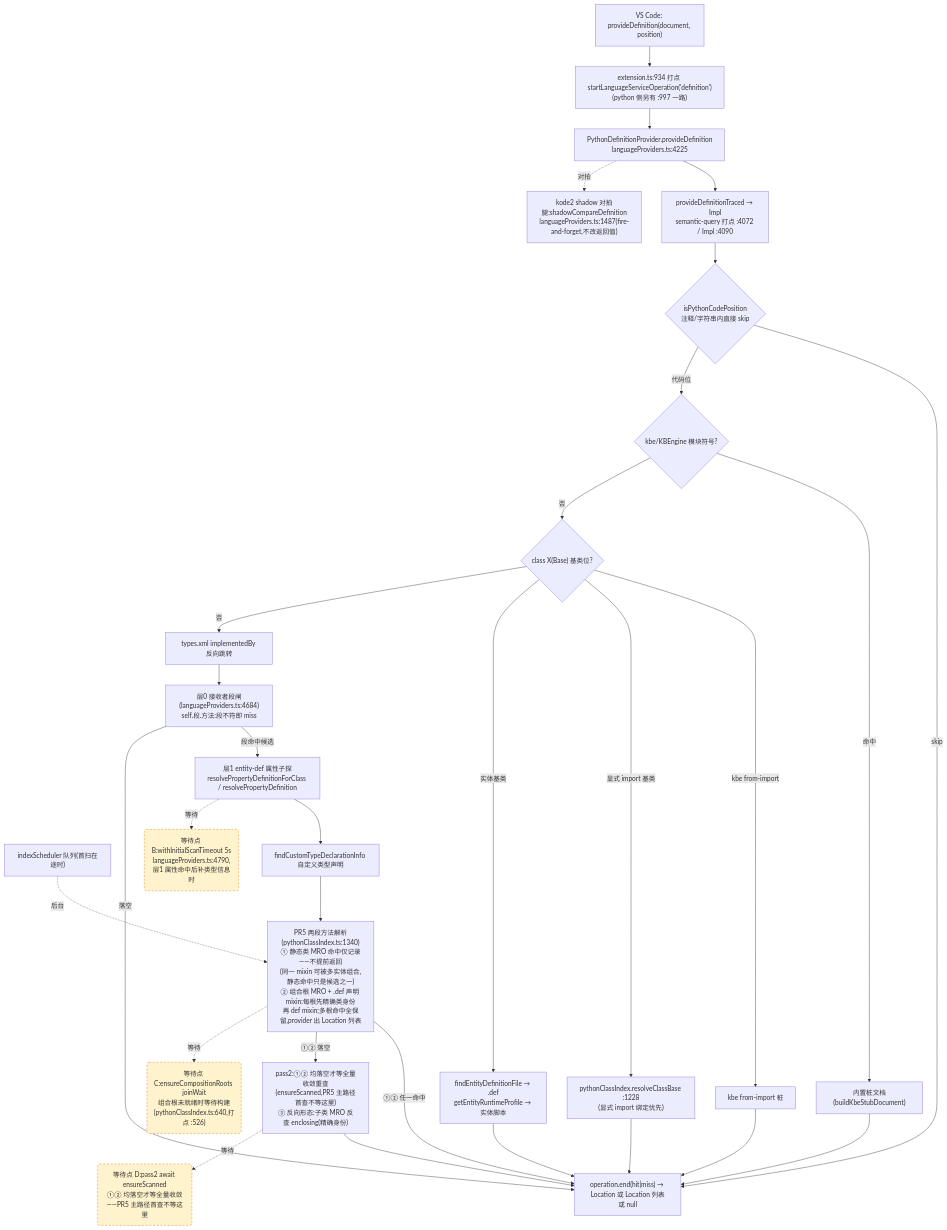
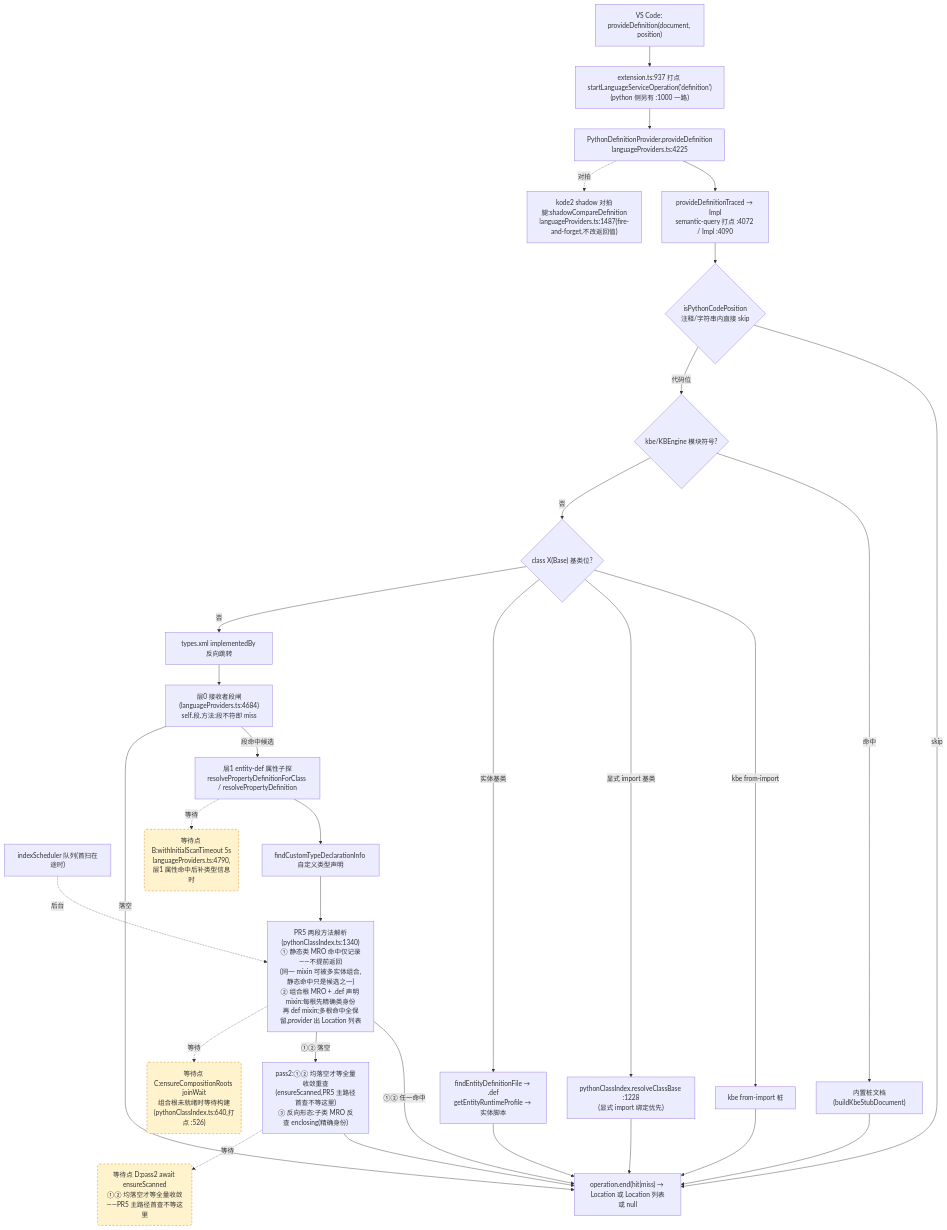
Before and after one commit to cuihairu/kode: the second of 4 diagrams in docs/perf/2026-baseline.md, drawn with Mermaid. The commit also changed other lines of this file and 17 other files, not shown here.

Commit message:
feat: complete debugpy port mode flow with launch.json integration

````diff
--- a/docs/perf/2026-baseline.md
+++ b/docs/perf/2026-baseline.md
@@ -130,51 +130,51 @@
 ```mermaid
 flowchart TD
   VC2["VS Code: provideDefinition(document, position)"]
-  M2["extension.ts:934 打点 startLanguageServiceOperation('definition')<br/>(python 侧另有 :997 一路)"]
+  M2["extension.ts:937 打点 startLanguageServiceOperation('definition')<br/>(python 侧另有 :1000 一路)"]
   AD2["PythonDefinitionProvider.provideDefinition<br/>languageProviders.ts:4225"]
   TR["provideDefinitionTraced → Impl<br/>semantic-query 打点 :4072 / Impl :4090"]
   CTX{"isPythonCodePosition<br/>注释/字符串内直接 skip"}
   KBE{"kbe/KBEngine 模块符号?"}
   STUB["内置桩文档(buildKbeStubDocument)"]
   CB{"class X(Base) 基类位?"}
   CB1["kbe from-import 桩"]
   CB2["pythonClassIndex.resolveClassBase :1228<br/>(显式 import 绑定优先)"]
   CB3["findEntityDefinitionFile → .def<br/>getEntityRuntimeProfile → 实体脚本"]
   REV["types.xml implementedBy 反向跳转"]
   L0["层0 接收者段闸(languageProviders.ts:4684)<br/>self.段.方法:段不符即 miss"]
   L1["层1 entity-def 属性子探<br/>resolvePropertyDefinitionForClass / resolvePropertyDefinition"]
   SCAN["indexScheduler 队列(首扫在途时)"]
   TY["findCustomTypeDeclarationInfo 自定义类型声明"]
   MRO["PR5 两段方法解析(pythonClassIndex.ts:1340)<br/>① 静态类 MRO 命中仅记录——不提前返回<br/>(同一 mixin 可被多实体组合,静态命中只是候选之一)<br/>② 组合根 MRO + .def 声明 mixin:每根先精确类身份<br/>再 def mixin;多根命中全保留,provider 出 Location 列表"]
   PASS2["pass2:①② 均落空才等全量收敛重查<br/>(ensureScanned,PR5 主路径首查不等这里)<br/>③ 反向形态:子类 MRO 反查 enclosing(精确身份)"]
   SHD["kode2 shadow 对拍腿:shadowCompareDefinition<br/>languageProviders.ts:1487(fire-and-forget,不改返回值)"]
   END2["operation.end(hit|miss) → Location 或 Location 列表或 null"]
 
   VC2 --> M2 --> AD2 --> TR --> CTX
   CTX -- "skip" --> END2
   CTX -- "代码位" --> KBE
   KBE -- "命中" --> STUB --> END2
   KBE -- "否" --> CB
   CB -- "kbe from-import" --> CB1 --> END2
   CB -- "显式 import 基类" --> CB2 --> END2
   CB -- "实体基类" --> CB3 --> END2
   CB -- "否" --> REV --> L0
   L0 -- "段命中候选" --> L1
   L0 -- "落空" --> END2
   L1 --> TY
   TY --> MRO
   MRO -- "①② 任一命中" --> END2
   MRO -- "①② 落空" --> PASS2 --> END2
   AD2 -.->|对拍| SHD
 
   WAITB("等待点 B:withInitialScanTimeout 5s<br/>languageProviders.ts:4790,层1 属性命中后补类型信息时")
   WAITC("等待点 C:ensureCompositionRoots joinWait<br/>组合根未就绪时等待构建(pythonClassIndex.ts:640,打点 :526)")
   WAITD("等待点 D:pass2 await ensureScanned<br/>①② 均落空才等全量收敛——PR5 主路径首查不等这里")
   L1 -.->|等待| WAITB
   MRO -.->|等待| WAITC
   PASS2 -.->|等待| WAITD
   SCAN -.->|后台| MRO
 
   classDef waitPoint fill:#fff3cd,stroke:#d97706,stroke-dasharray:5 4;
   class WAITB,WAITC,WAITD waitPoint;
 ```
````
